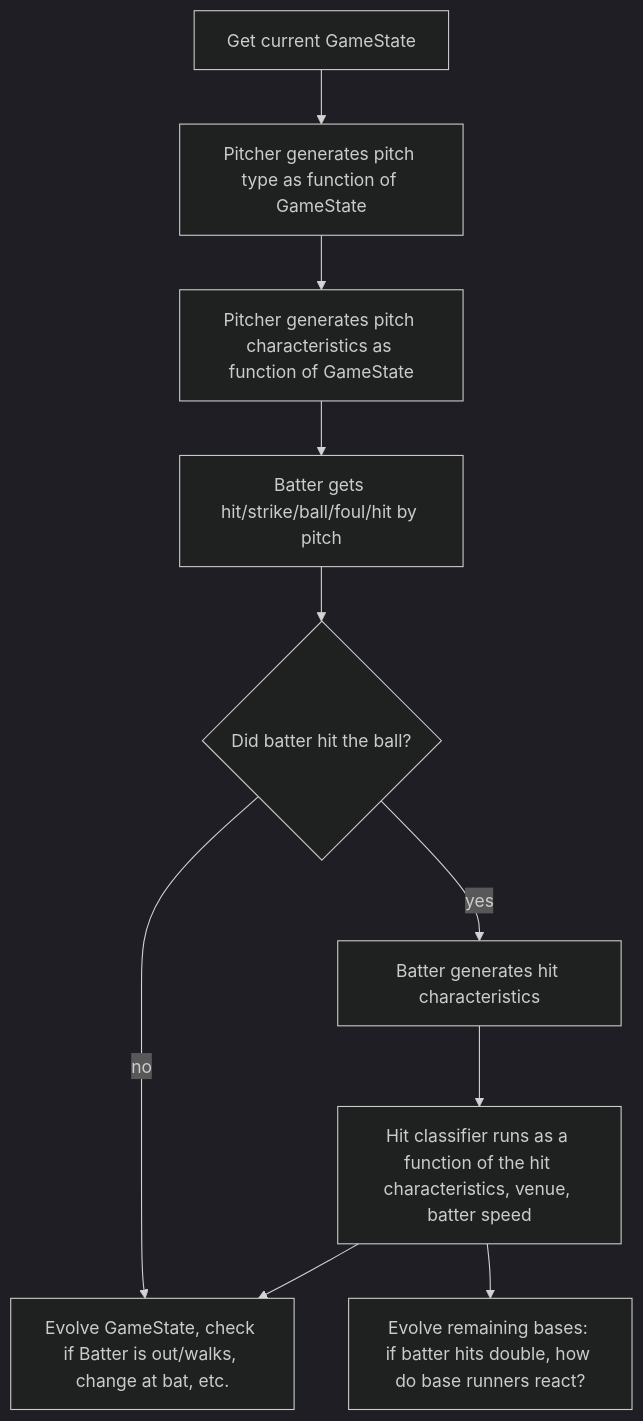
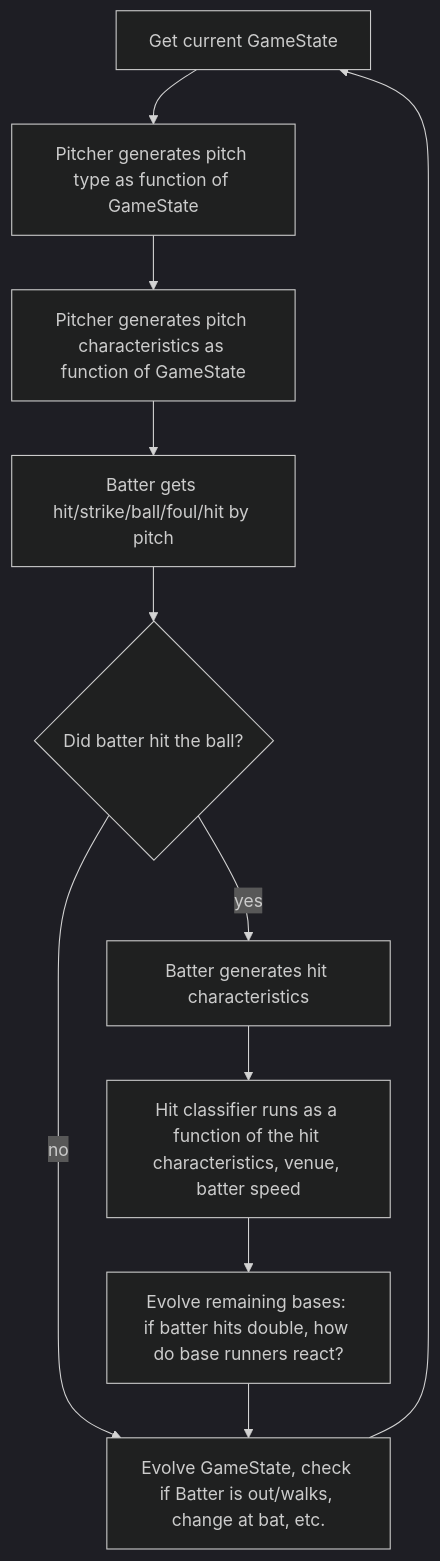
One commit to reecetec/mlb_simulator changed the diagram in README.md. Above: the diagram before and after it, drawn with Mermaid (dark theme).

Commit message:
sim flowchart

````diff
--- a/README.md
+++ b/README.md
@@ -37,12 +37,13 @@
 ```mermaid
 flowchart TD
     A[Get current GameState] --> B[Pitcher generates pitch type as function of GameState];
     B --> C[Pitcher generates pitch characteristics as function of GameState];
     C --> D[Batter gets hit/strike/ball/foul/hit by pitch];
     D --> E{Did batter hit the ball?};
     E -- yes --> F[Batter generates hit characteristics];
     E -- no --> G[Evolve GameState, check if Batter is out/walks, change at bat, etc.];
     F --> H[Hit classifier runs as a function of the hit characteristics, venue, batter speed];
-    H --> G
-    H --> I[Evolve remaining bases: if batter hits double, how do base runners react?]
+    H --> I[Evolve remaining bases: if batter hits double, how do base runners react?];
+    I --> G;
+    G --> A;
 ```
````
